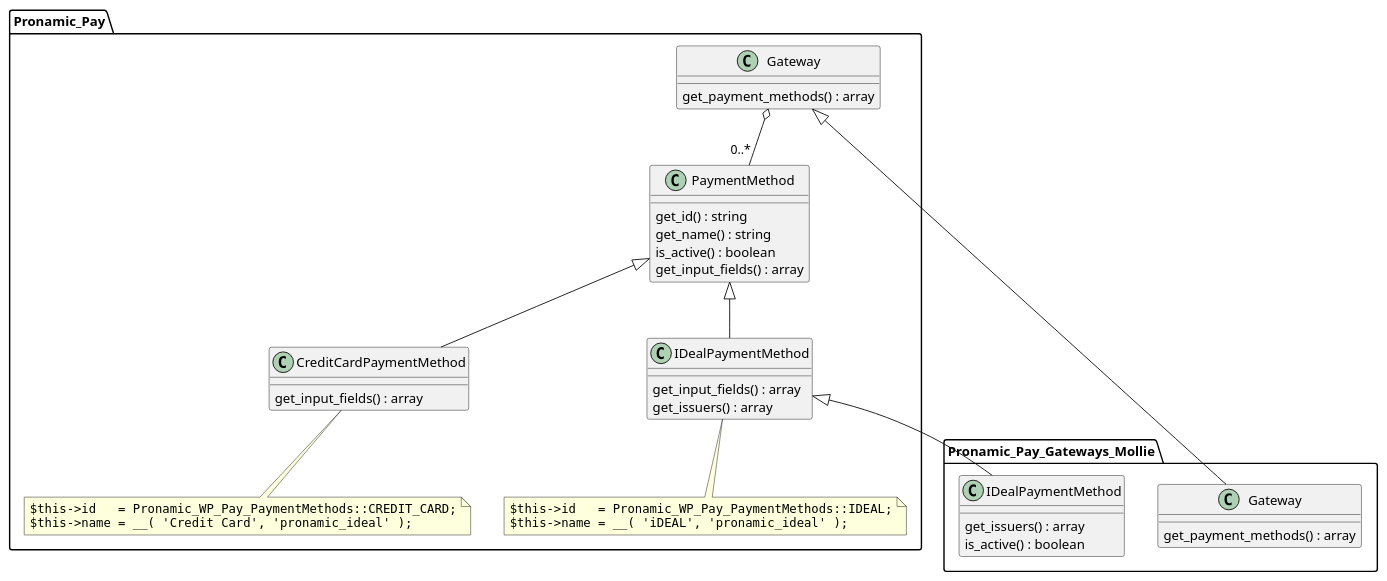
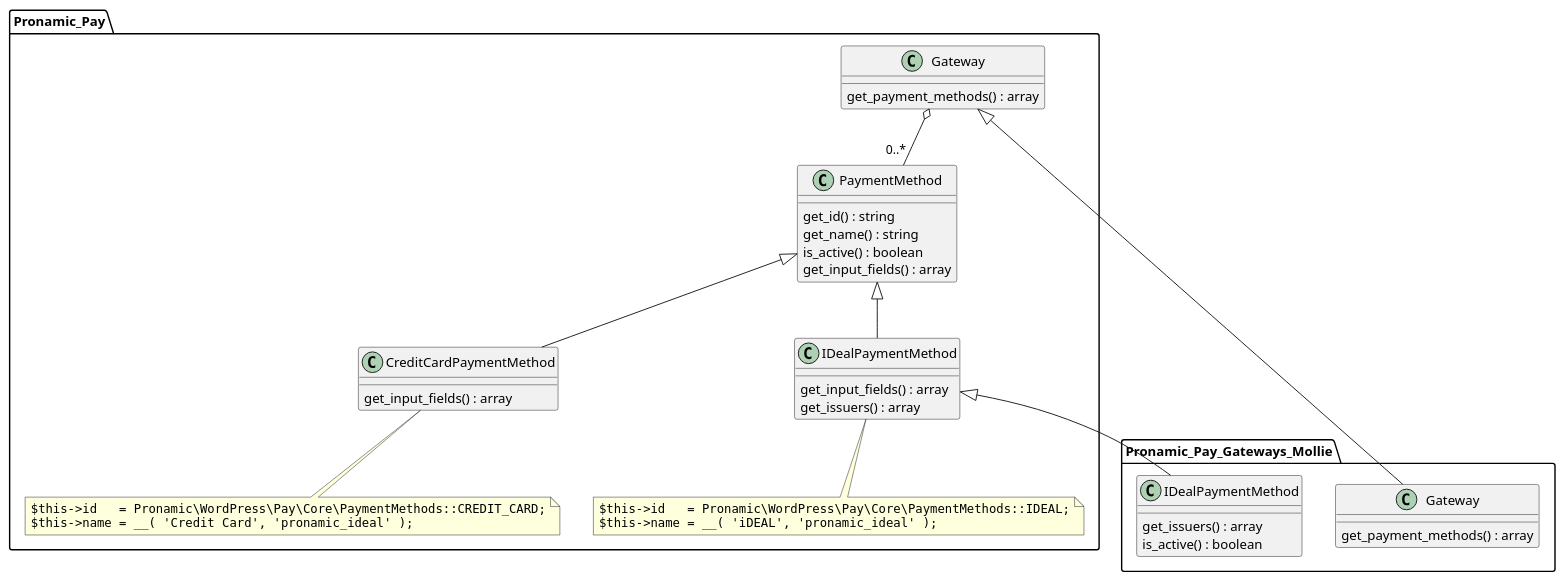
One commit to 8KCool/WordPress-Plugin-iDEAL-Bancontact- changed the diagram in documentation/payment-methods.plantuml. Above: the diagram before and after it, drawn with PlantUML. The commit also changed 36 other files, not shown here.

```diff
--- a/documentation/payment-methods.plantuml
+++ b/documentation/payment-methods.plantuml
@@ -1,48 +1,48 @@
 @startuml
 
 namespace Pronamic_Pay {
 	class Gateway {
 		get_payment_methods() : array
 	}
 	
 	class PaymentMethod {
 		get_id() : string
 		get_name() : string
 		is_active() : boolean
 		get_input_fields() : array
 	}
 
 	Gateway o-- "0..*" PaymentMethod
 
 	class IDealPaymentMethod extends PaymentMethod {
 		get_input_fields() : array
 		get_issuers() : array
 	}
 
 	note bottom of IDealPaymentMethod
-		""$this->id   = Pronamic_WP_Pay_PaymentMethods::IDEAL;""
+		""$this->id   = Pronamic\WordPress\Pay\Core\PaymentMethods::IDEAL;""
 		""$this->name = __( 'iDEAL', 'pronamic_ideal' );""
 	end note
 
 	class CreditCardPaymentMethod extends PaymentMethod {
 		get_input_fields() : array
 	}
 
 	note bottom of CreditCardPaymentMethod
-		""$this->id   = Pronamic_WP_Pay_PaymentMethods::CREDIT_CARD;""
+		""$this->id   = Pronamic\WordPress\Pay\Core\PaymentMethods::CREDIT_CARD;""
 		""$this->name = __( 'Credit Card', 'pronamic_ideal' );""
 	end note
 }
 
 namespace Pronamic_Pay_Gateways_Mollie {
 	class Gateway extends Pronamic_Pay.Gateway {
 		get_payment_methods() : array
 	}
 
 	class IDealPaymentMethod extends Pronamic_Pay.IDealPaymentMethod {
 		get_issuers() : array
 		is_active() : boolean
 	}
 }
 
 @enduml
```
